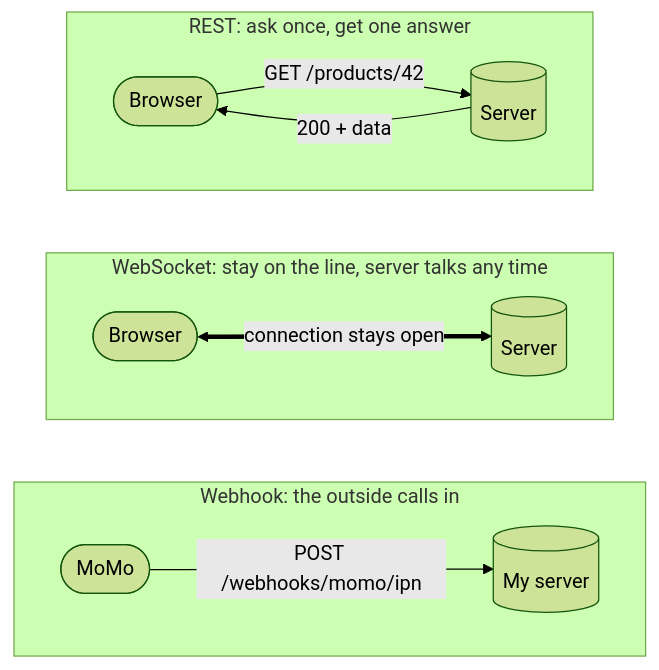
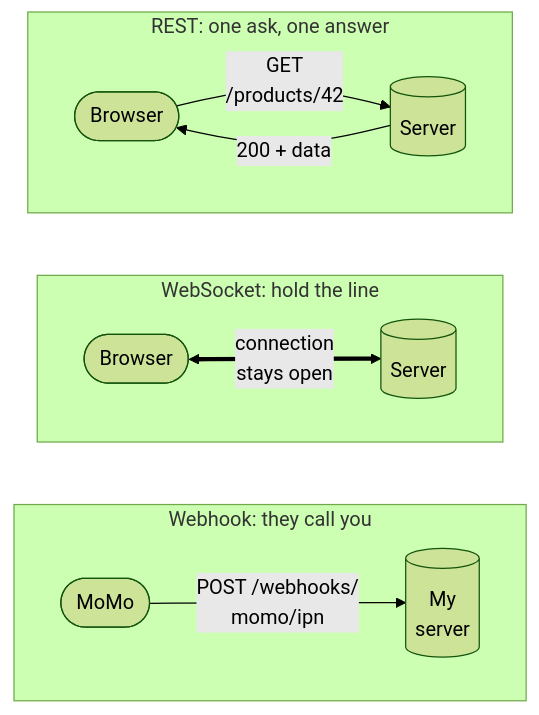
The first of 2 diagrams in content/en/posts/2026-11-18-api-styles.md (duongbui234/software-engineering-atlas), drawn with Mermaid (forest theme) before and after one commit. The commit also changed other lines of this file and 134 other files, not shown here.

First line of the commit message:
Fit every Mermaid diagram at 390px without sideways scroll (#56)

````diff
--- a/content/en/posts/2026-11-18-api-styles.md
+++ b/content/en/posts/2026-11-18-api-styles.md
@@ -56,17 +56,14 @@
 ```mermaid
 flowchart TB
-    subgraph REST["REST: ask once, get one answer"]
-        direction LR
-        c1([Browser]) -- "GET /products/42" --> s1[(Server)]
+    subgraph REST["REST: one ask, one answer"]
+        c1([Browser]) -- "GET<br/>/products/42" --> s1[(Server)]
         s1 -- "200 + data" --> c1
     end
-    subgraph WS["WebSocket: stay on the line, server talks any time"]
-        direction LR
-        c2([Browser]) <== "connection stays open" ==> s2[(Server)]
+    subgraph WS["WebSocket: hold the line"]
+        c2([Browser]) <== "connection<br/>stays open" ==> s2[(Server)]
     end
-    subgraph WH["Webhook: the outside calls in"]
-        direction LR
-        m([MoMo]) -- "POST /webhooks/momo/ipn" --> s3[(My server)]
+    subgraph WH["Webhook: they call you"]
+        m([MoMo]) -- "POST /webhooks/<br/>momo/ipn" --> s3[(My<br/>server)]
     end
     REST ~~~ WS ~~~ WH
 ```
````
